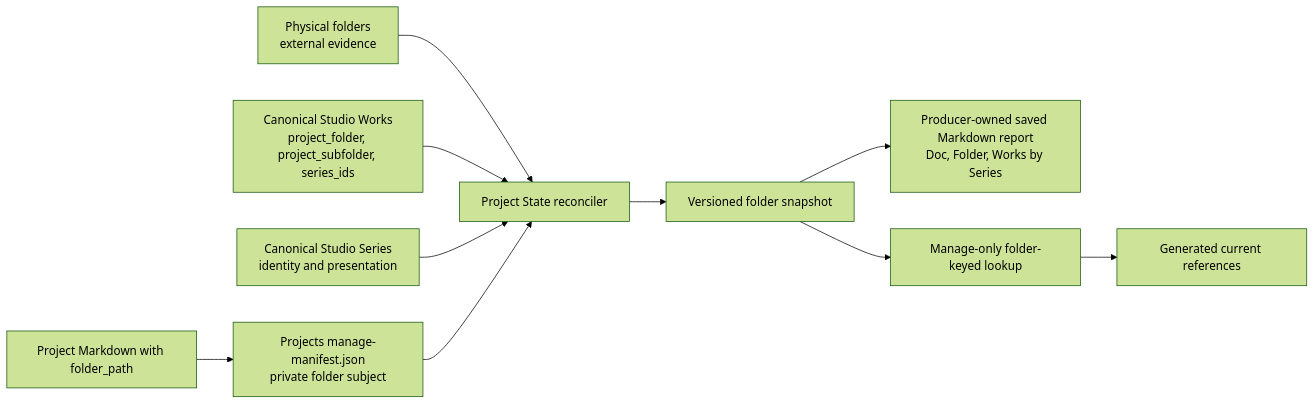
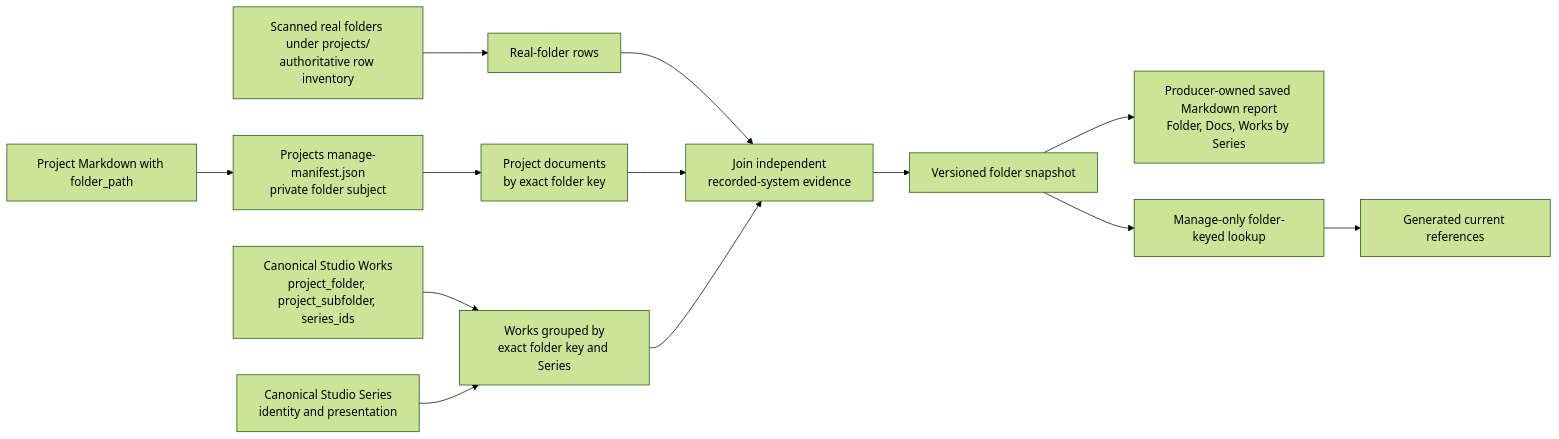
One commit to dotlineform/dotlineform-site changed the diagram in docs-viewer/scopes/studio/source/documents/d-20260802-121105-c574f9.md. Above: the diagram before and after it, drawn with Mermaid (forest theme). The commit also changed other lines of this file and 9 other files, not shown here.

````diff
--- a/docs-viewer/scopes/studio/source/documents/d-20260802-121105-c574f9.md
+++ b/docs-viewer/scopes/studio/source/documents/d-20260802-121105-c574f9.md
@@ -42,16 +42,19 @@
 ```mermaid
 flowchart LR
     accTitle: Project State folder-centred reconciliation
-    accDescr: Folder-subject Project documents, physical folder evidence, and canonical Work and Series evidence produce one generated folder snapshot, saved report, and folder-keyed lookup with exact Work identities and Series membership counts.
+    accDescr: Scanned real folders establish the report rows; Project documents and canonical Works independently join to each row by exact folder identity, and matched Works provide Series membership counts.
 
     folderDocs["Project Markdown with folder_path"] --> projectManifest["Projects manage-manifest.json<br/>private folder subject"]
-    folders["Physical folders<br/>external evidence"] --> reconcile["Project State reconciler"]
-    works["Canonical Studio Works<br/>project_folder, project_subfolder, series_ids"] --> reconcile
-    series["Canonical Studio Series<br/>identity and presentation"] --> reconcile
-    projectManifest --> reconcile
+    projectManifest --> docsByFolder["Project documents<br/>by exact folder key"]
+    works["Canonical Studio Works<br/>project_folder, project_subfolder, series_ids"] --> worksByFolder["Works grouped by<br/>exact folder key and Series"]
+    series["Canonical Studio Series<br/>identity and presentation"] --> worksByFolder
+    folders["Scanned real folders under projects/<br/>authoritative row inventory"] --> rows["Real-folder rows"]
+    rows --> reconcile["Join independent<br/>recorded-system evidence"]
+    docsByFolder --> reconcile
+    worksByFolder --> reconcile
 
     reconcile --> snapshot["Versioned folder snapshot"]
-    snapshot --> report["Producer-owned saved Markdown report<br/>Doc, Folder, Works by Series"]
+    snapshot --> report["Producer-owned saved Markdown report<br/>Folder, Docs, Works by Series"]
     snapshot --> folderLookup["Manage-only folder-keyed lookup"]
     folderLookup --> resolver["Generated current references"]
 ```
````
